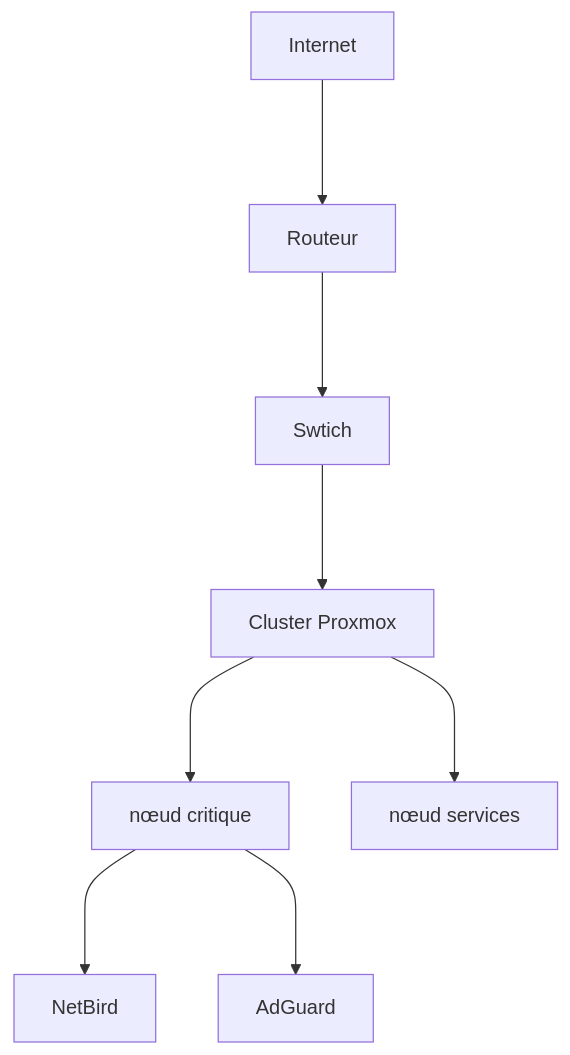
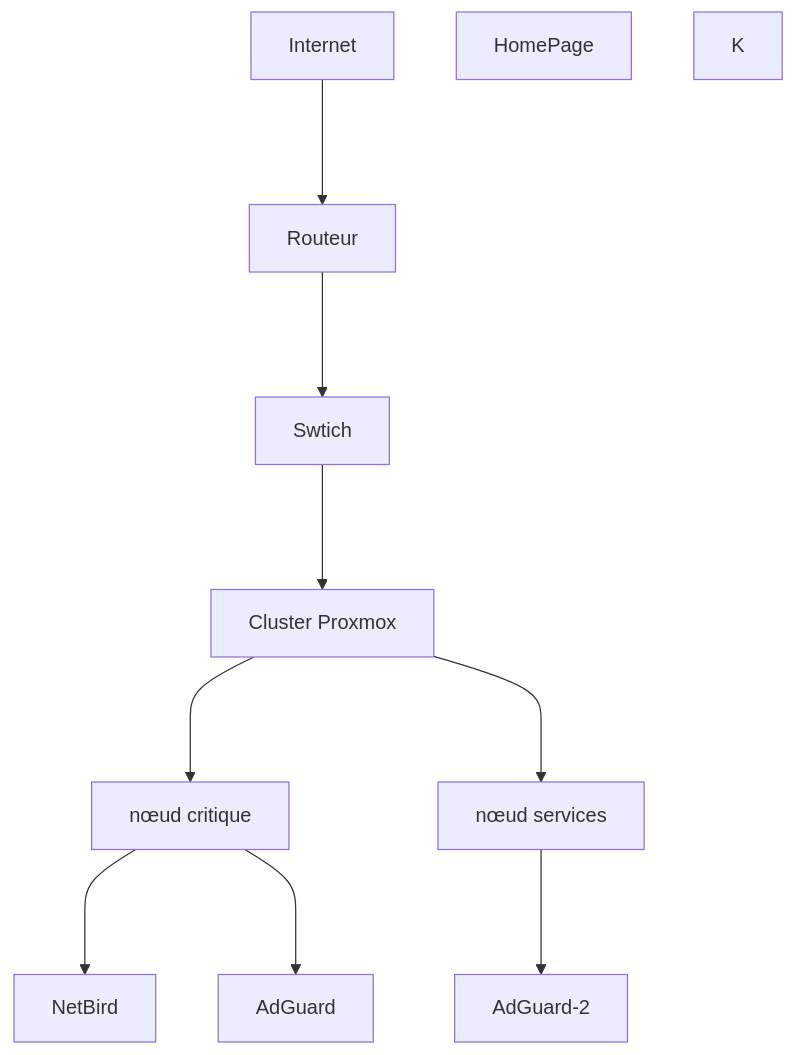
The diagram in README.md (snoyy-i/snoyy-i), drawn with Mermaid before and after one commit.

````diff
--- a/README.md
+++ b/README.md
@@ -2,19 +2,22 @@
 ```mermaid
 graph TD
      A[Internet]
      B[Routeur]
      C[Swtich]
      D[Cluster Proxmox ]
      E[nœud critique ]
      F[nœud services]
      G[NetBird]
      H[AdGuard]
+     I[AdGuard-2]
+     J[HomePage]
+     K
 
-     A--->B
+     A--->B ; F--->I
      B--->C
      C--->D
      D--->E
      D--->F
      E--->G
      E--->H
 ```
````
